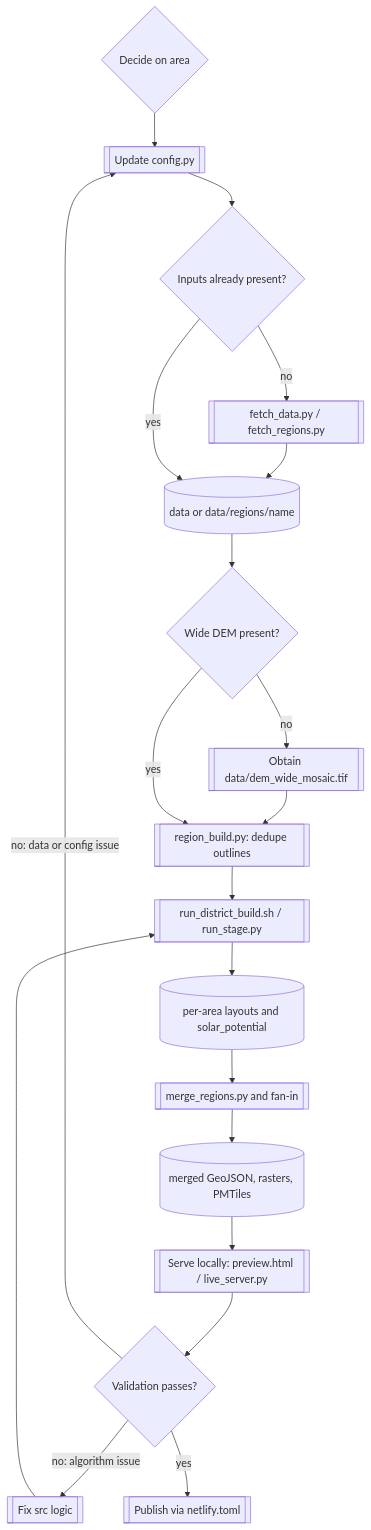
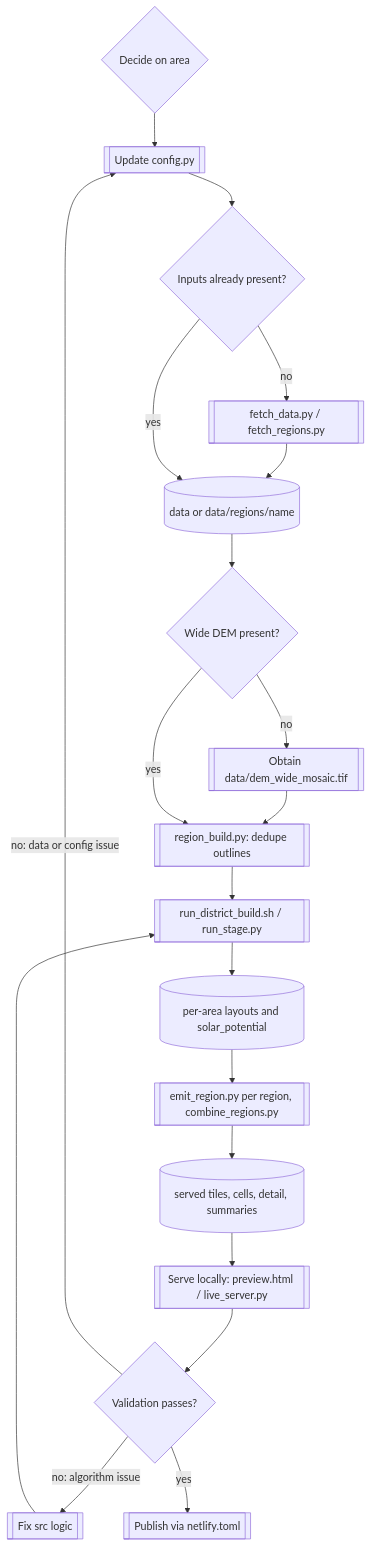
Before and after one commit to rewiring-nz/nz-solar-potential: the diagram in docs/data-maintainers/dataset-operations.md, drawn with Mermaid. The commit also changed other lines of this file and 9 other files, not shown here.

````diff
--- a/docs/data-maintainers/dataset-operations.md
+++ b/docs/data-maintainers/dataset-operations.md
@@ -14,22 +14,22 @@
 ```mermaid
 flowchart TB
   A{Decide on area} --> B[[Update config.py]]
   B --> C{Inputs already present?}
   C -- no --> D[[fetch_data.py / fetch_regions.py]]
   D --> E[(data or data/regions/name)]
   C -- yes --> E
   E --> F{Wide DEM present?}
   F -- no --> G[[Obtain data/dem_wide_mosaic.tif]]
   G --> H[[region_build.py: dedupe outlines]]
   F -- yes --> H
   H --> I[[run_district_build.sh / run_stage.py]]
   I --> J[(per-area layouts and solar_potential)]
-  J --> K[[merge_regions.py and fan-in]]
-  K --> L[(merged GeoJSON, rasters, PMTiles)]
+  J --> K[[emit_region.py per region, combine_regions.py]]
+  K --> L[(served tiles, cells, detail, summaries)]
   L --> M[[Serve locally: preview.html / live_server.py]]
   M --> N{Validation passes?}
   N -- no: data or config issue --> B
   N -- no: algorithm issue --> O[[Fix src logic]]
   O --> I
   N -- yes --> P[[Publish via netlify.toml]]
 ```
````
